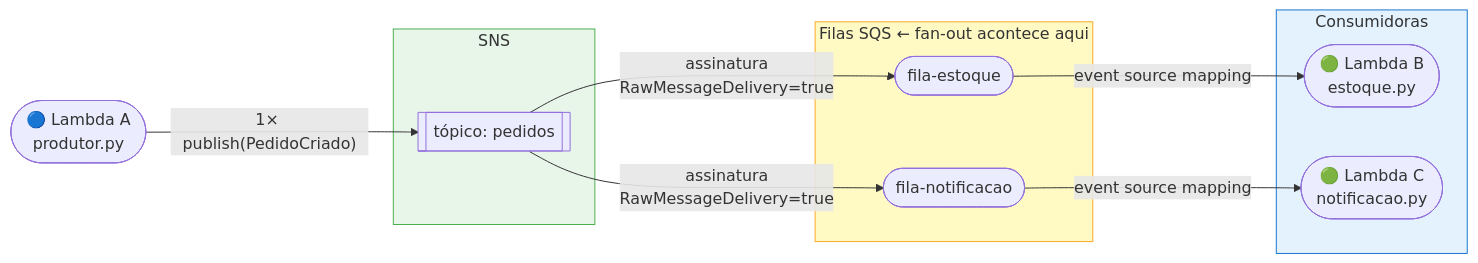
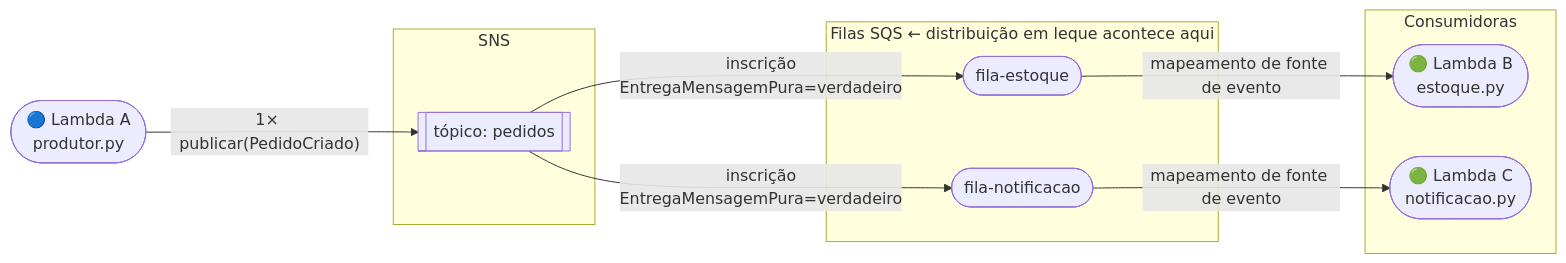
The first of 3 diagrams in README.md (aulas-marco/serverless-event-driven), drawn with Mermaid before and after one commit. The commit also changed other lines of this file and 4 other files, not shown here.

````diff
--- a/README.md
+++ b/README.md
@@ -23,28 +25,24 @@
 ```mermaid
 flowchart LR
     Produtor(["🔵 Lambda A\nprodutor.py"])
 
     subgraph SNS["SNS"]
         T[["tópico: pedidos"]]
     end
 
-    subgraph Filas["Filas SQS  ← fan-out acontece aqui"]
+    subgraph Filas["Filas SQS  ← distribuição em leque acontece aqui"]
         QE(["fila-estoque"])
         QN(["fila-notificacao"])
     end
 
     subgraph Consumidoras["Consumidoras"]
         LE(["🟢 Lambda B\nestoque.py"])
         LN(["🟢 Lambda C\nnotificacao.py"])
     end
 
-    Produtor -- "1× publish(PedidoCriado)" --> T
-    T -- "assinatura\nRawMessageDelivery=true" --> QE
-    T -- "assinatura\nRawMessageDelivery=true" --> QN
-    QE -- "event source mapping" --> LE
-    QN -- "event source mapping" --> LN
-
-    style Filas fill:#fff9c4,stroke:#f9a825
-    style SNS fill:#e8f5e9,stroke:#4caf50
-    style Consumidoras fill:#e3f2fd,stroke:#1976d2
+    Produtor -- "1× publicar(PedidoCriado)" --> T
+    T -- "inscrição\nEntregaMensagemPura=verdadeiro" --> QE
+    T -- "inscrição\nEntregaMensagemPura=verdadeiro" --> QN
+    QE -- "mapeamento de fonte de evento" --> LE
+    QN -- "mapeamento de fonte de evento" --> LN
 ```
````
